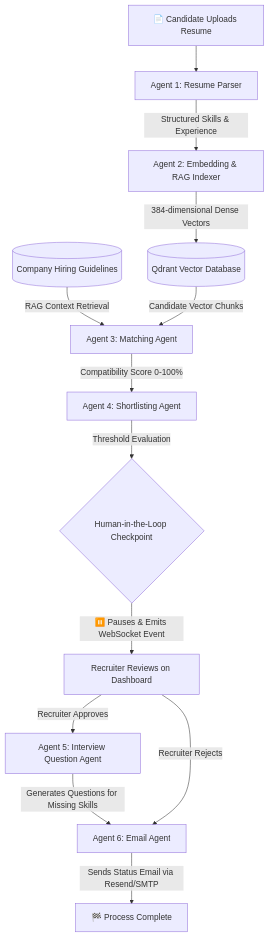
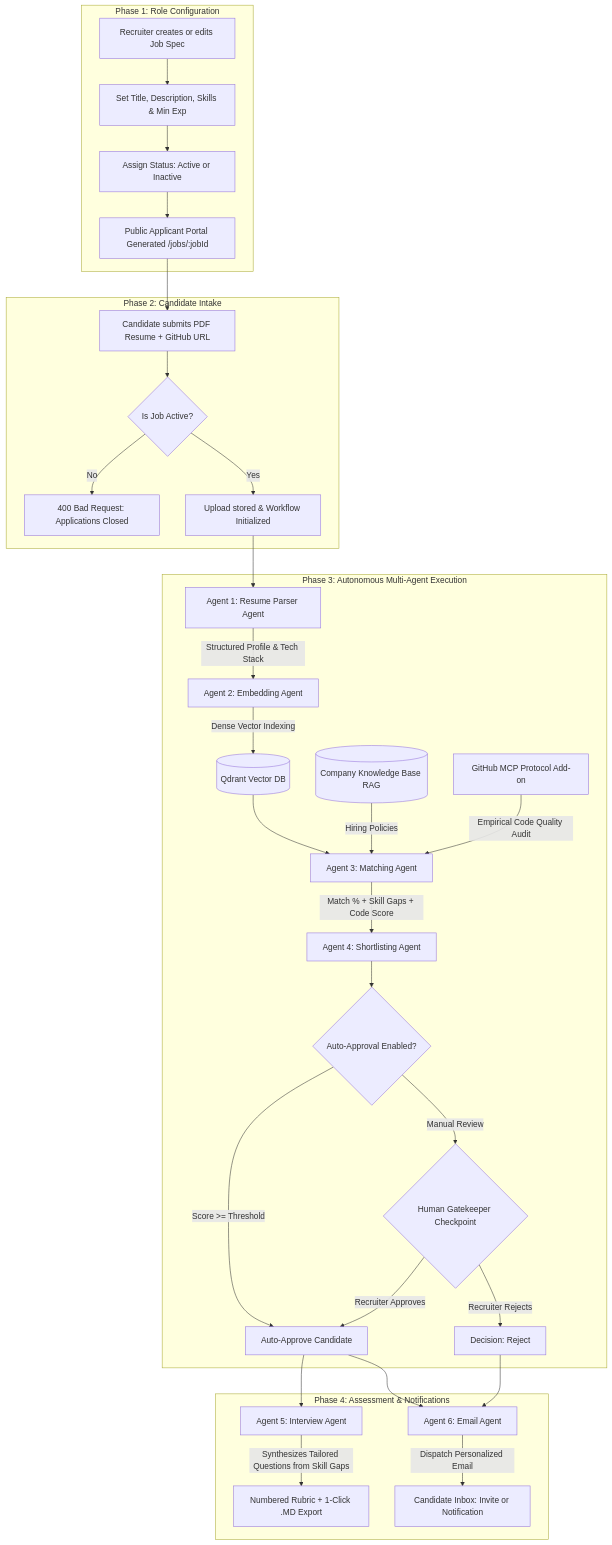
The diagram in README.md (aditya-kurhade/AgenticHire-AI), drawn with Mermaid before and after one commit. The commit also changed other lines of this file and 7 other files, not shown here.

Commit message:
feat: add knowledge base RAG, workflows tab, and GitHub MCP integration

````diff
--- a/README.md
+++ b/README.md
@@ -27,20 +28,42 @@
 ```mermaid
 flowchart TD
-    A[📄 Candidate Uploads Resume] --> B[Agent 1: Resume Parser]
-    B -->|Structured Skills & Experience| C[Agent 2: Embedding & RAG Indexer]
-    C -->|384-dimensional Dense Vectors| D[(Qdrant Vector Database)]
-    
-    E[(Company Hiring Guidelines)] -->|RAG Context Retrieval| F[Agent 3: Matching Agent]
-    D -->|Candidate Vector Chunks| F
-    
-    F -->|Compatibility Score 0-100%| G[Agent 4: Shortlisting Agent]
-    G -->|Threshold Evaluation| H{Human-in-the-Loop Checkpoint}
-    
-    H -->|⏸️ Pauses & Emits WebSocket Event| I[Recruiter Reviews on Dashboard]
-    
-    I -->|Recruiter Approves| J[Agent 5: Interview Question Agent]
-    J -->|Generates Questions for Missing Skills| K[Agent 6: Email Agent]
-    
-    I -->|Recruiter Rejects| K
-    K -->|Sends Status Email via Resend/SMTP| L[🏁 Process Complete]
+    subgraph Phase 1: Role Configuration
+        A[Recruiter creates or edits Job Spec] --> B[Set Title, Description, Skills & Min Exp]
+        B --> C[Assign Status: Active or Inactive]
+        C --> D[Public Applicant Portal Generated /jobs/:jobId]
+    end
+
+    subgraph Phase 2: Candidate Intake
+        D --> E[Candidate submits PDF Resume + GitHub URL]
+        E --> F{Is Job Active?}
+        F -->|No| G[400 Bad Request: Applications Closed]
+        F -->|Yes| H[Upload stored & Workflow Initialized]
+    end
+
+    subgraph Phase 3: Autonomous Multi-Agent Execution
+        H --> I[Agent 1: Resume Parser Agent]
+        I -->|Structured Profile & Tech Stack| J[Agent 2: Embedding Agent]
+        J -->|Dense Vector Indexing| K[(Qdrant Vector DB)]
+        
+        K --> L[Agent 3: Matching Agent]
+        M[(Company Knowledge Base RAG)] -->|Hiring Policies| L
+        N[GitHub MCP Protocol Add-on] -->|Empirical Code Quality Audit| L
+        
+        L -->|Match % + Skill Gaps + Code Score| O[Agent 4: Shortlisting Agent]
+        O --> P{Auto-Approval Enabled?}
+        
+        P -->|Score >= Threshold| Q[Auto-Approve Candidate]
+        P -->|Manual Review| R{Human Gatekeeper Checkpoint}
+        R -->|Recruiter Approves| Q
+        R -->|Recruiter Rejects| S[Decision: Reject]
+    end
+
+    subgraph Phase 4: Assessment & Notifications
+        Q --> T[Agent 5: Interview Agent]
+        T -->|Synthesizes Tailored Questions from Skill Gaps| U[Numbered Rubric + 1-Click .MD Export]
+        
+        Q --> V[Agent 6: Email Agent]
+        S --> V
+        V -->|Dispatch Personalized Email| W[Candidate Inbox: Invite or Notification]
+    end
 ```
````
